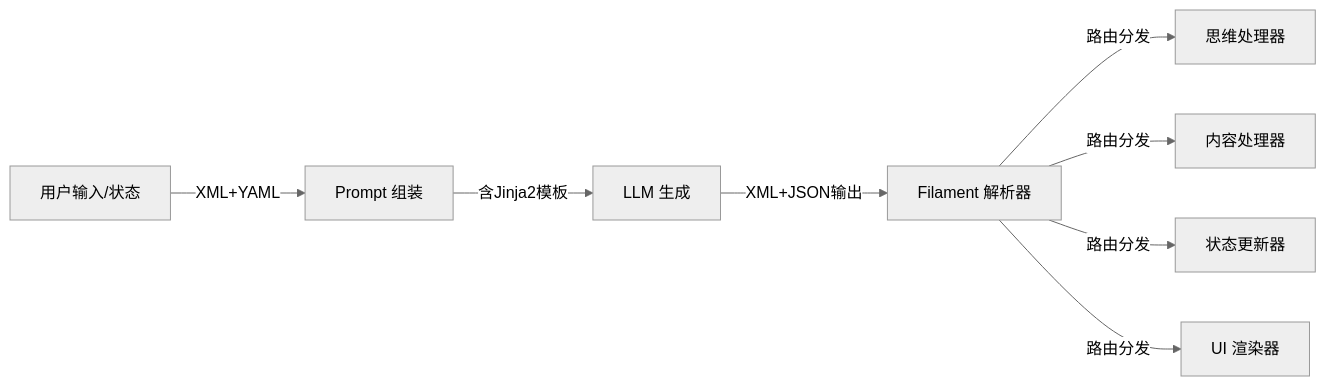
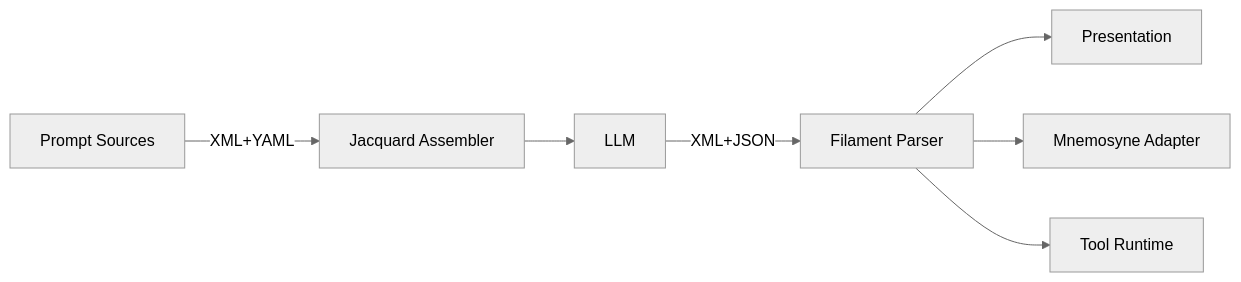
One commit to Abgetrennter/Clotho-Design changed the diagram in 00_active_specs/protocols/filament-protocol-overview.md. Above: the diagram before and after it, drawn with Mermaid (neutral theme). The commit also changed other lines of this file and 12 other files, not shown here.

````diff
--- a/00_active_specs/protocols/filament-protocol-overview.md
+++ b/00_active_specs/protocols/filament-protocol-overview.md
@@ -83,10 +70,9 @@
 ```mermaid
 graph LR
-    Input[用户输入/状态] --> |XML+YAML| Assembler[Prompt 组装]
-    Assembler --> |含Jinja2模板| LLM[LLM 生成]
-    LLM --> |XML+JSON输出| Parser[Filament 解析器]
-    Parser --> |路由分发| Thought[思维处理器]
-    Parser --> |路由分发| Content[内容处理器]
-    Parser --> |路由分发| State[状态更新器]
-    Parser --> |路由分发| UI[UI 渲染器]
+    Input[Prompt Sources] --> |XML+YAML| Assembler[Jacquard Assembler]
+    Assembler --> LLM[LLM]
+    LLM --> |XML+JSON| Parser[Filament Parser]
+    Parser --> UI[Presentation]
+    Parser --> State[Mnemosyne Adapter]
+    Parser --> Tools[Tool Runtime]
 ```
````
